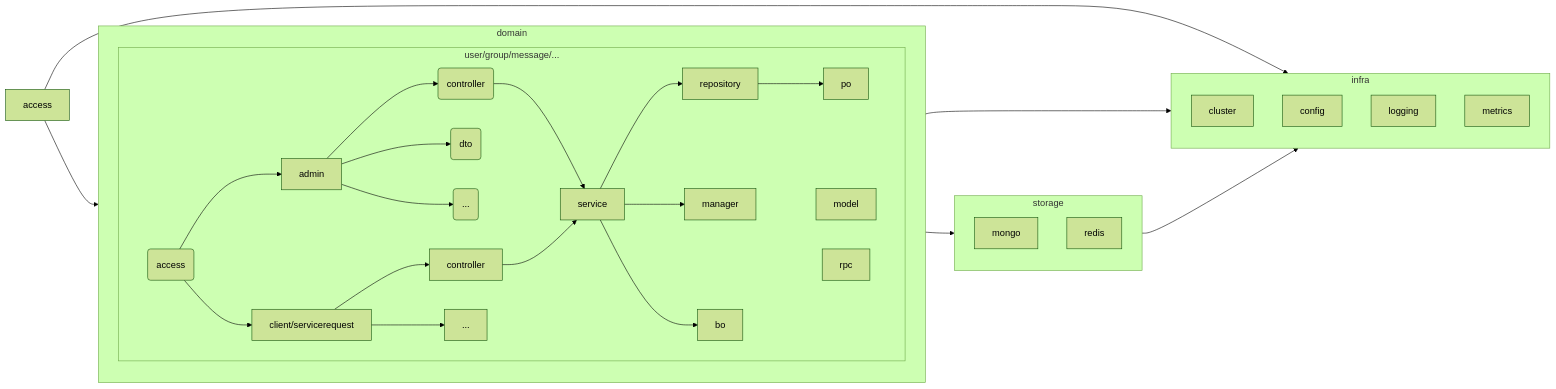
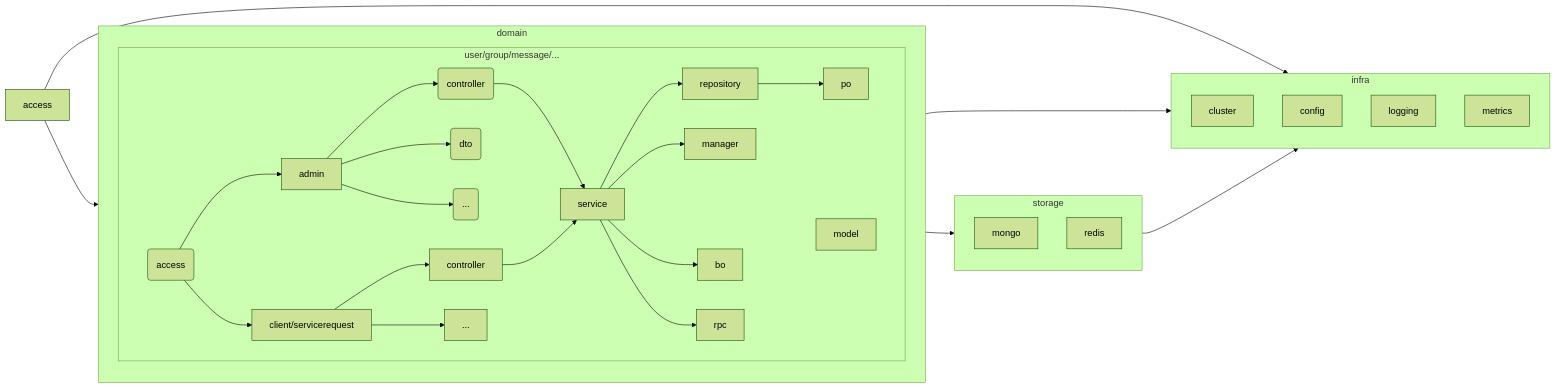
One commit to turms-im/turms changed the first of 4 diagrams in turms-docs/src/for-developers/code.md. Above: the diagram before and after it, drawn with Mermaid (forest theme). The commit also changed other lines of this file and 2 other files, not shown here.

Commit message:
Add docs on how turms server handle requests between packages + Add docs on the `domain/rpc` package

````diff
--- a/turms-docs/src/for-developers/code.md
+++ b/turms-docs/src/for-developers/code.md
@@ -41,44 +41,45 @@
 ```mermaid
 flowchart LR
     access-->domain
     domain-->storage
     access-->infra
     domain-->infra
     storage-->infra
     
     subgraph domain
         subgraph user/group/message/...
             domain-access(access)-->admin
             domain-access(access)-->client/servicerequest
             
             admin-->admin-controller(controller)-->service
             admin-->admin-dto(dto)
             admin-->admin-others(...)
             
             client/servicerequest-->controller-->service
             client/servicerequest-->...
             
             service-->repository
             service-->manager
             service-->bo
+            service-->rpc
             
             repository-->po
             
             model
             rpc
         end
     end
     
     subgraph storage
         mongo
         redis
     end
     
     subgraph infra
         cluster
         config
         logging
         metrics
         ...
     end
 ```
````
